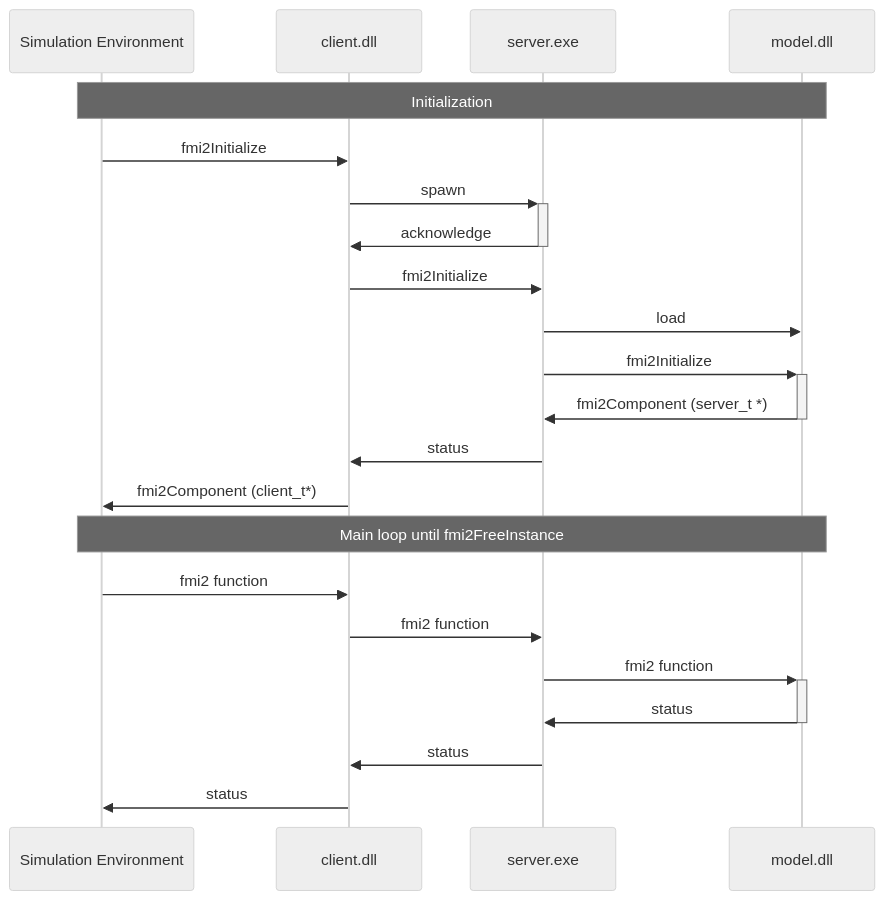
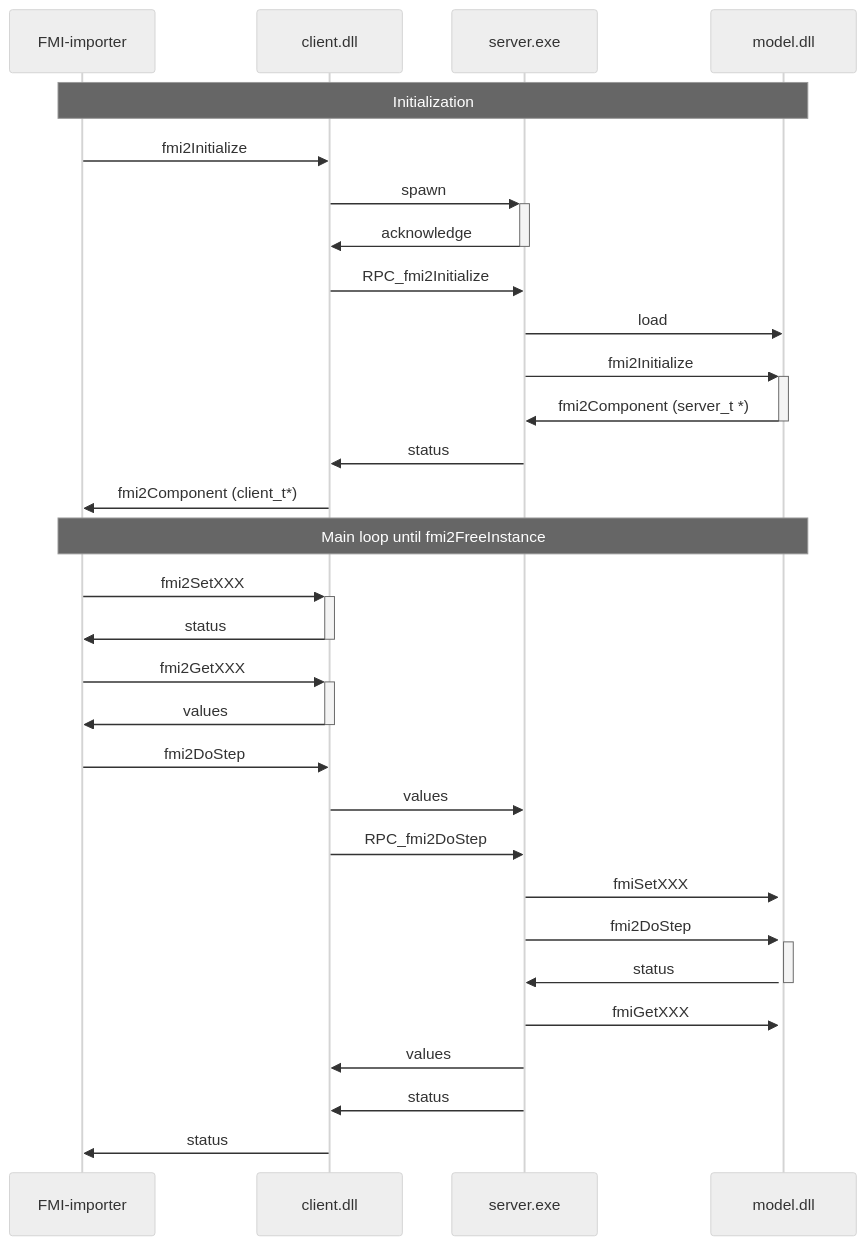
The diagram in native/remoting/README.md (CATIA-Systems/FMPy), drawn with Mermaid (neutral theme) before and after one commit. The commit also changed other lines of this file and 16 other files, not shown here.

````diff
--- a/native/remoting/README.md
+++ b/native/remoting/README.md
@@ -10,24 +19,32 @@
 ```mermaid
 sequenceDiagram
-    participant env as Simulation Environment
+    participant importer as FMI-importer
     participant client as client.dll
     participant server as server.exe
     participant dll as model.dll
-    Note over env,dll: Initialization
-    env->>client: fmi2Initialize
+    Note over importer,dll: Initialization
+    importer->>client: fmi2Initialize
     client->>+server: spawn
     server->>-client: acknowledge
-    client->>server:fmi2Initialize
+    client->>server:RPC_fmi2Initialize
     server->>dll: load
     server->>+dll: fmi2Initialize
     dll->>-server: fmi2Component (server_t *)
     server->>client: status
-    client->>env: fmi2Component (client_t*)
-    Note over env,dll: Main loop until fmi2FreeInstance
-    env->>client: fmi2 function
-    client->>server: fmi2 function
-    server->>+dll: fmi2 function
+    client->>importer: fmi2Component (client_t*)
+    Note over importer,dll: Main loop until fmi2FreeInstance
+    importer->>+client: fmi2SetXXX
+    client->>-importer: status
+    importer->>+client: fmi2GetXXX
+    client->>-importer: values
+    importer->>client: fmi2DoStep
+    client->>server: values
+    client->>server: RPC_fmi2DoStep
+    server->>+dll: fmiSetXXX
+    server->>+dll: fmi2DoStep
     dll->>-server: status
+    server->>+dll: fmiGetXXX
+    server->>client: values
     server->>client: status
-    client->>env: status
+    client->>importer: status
 ```
````
